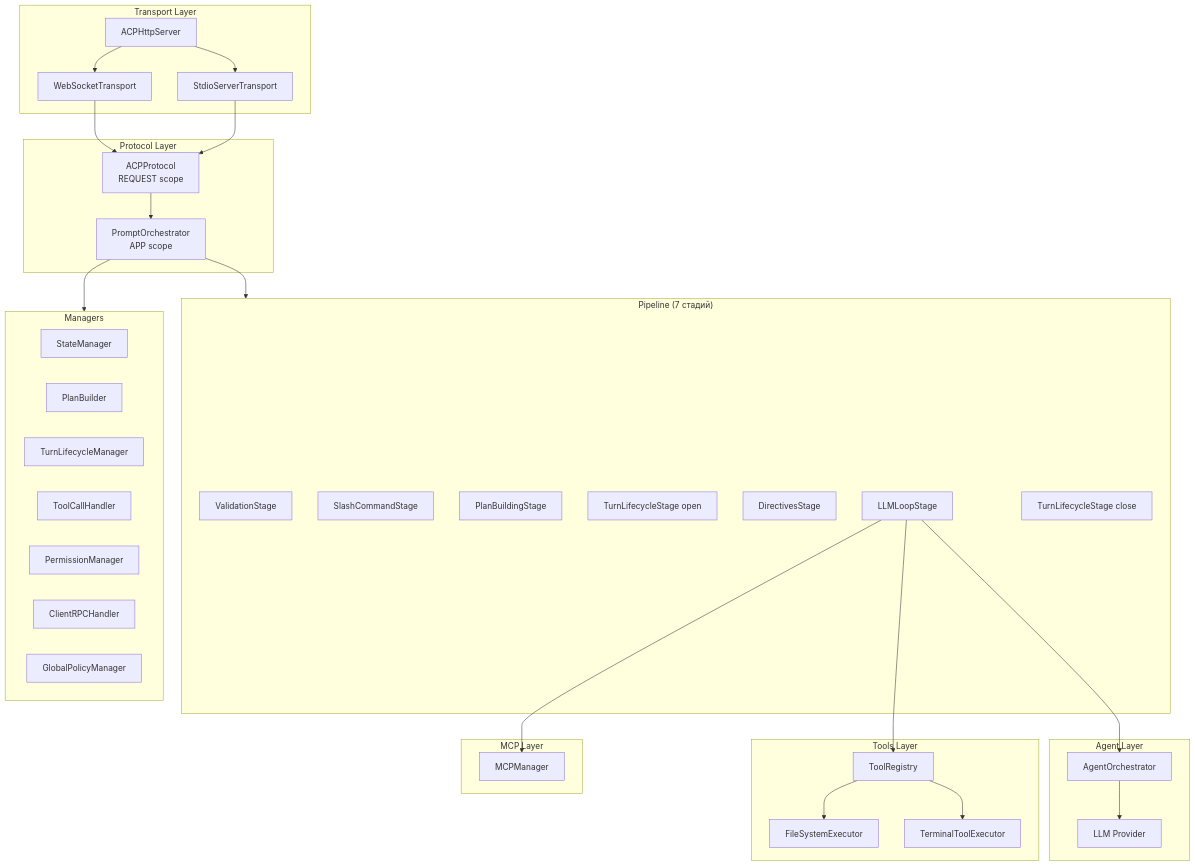
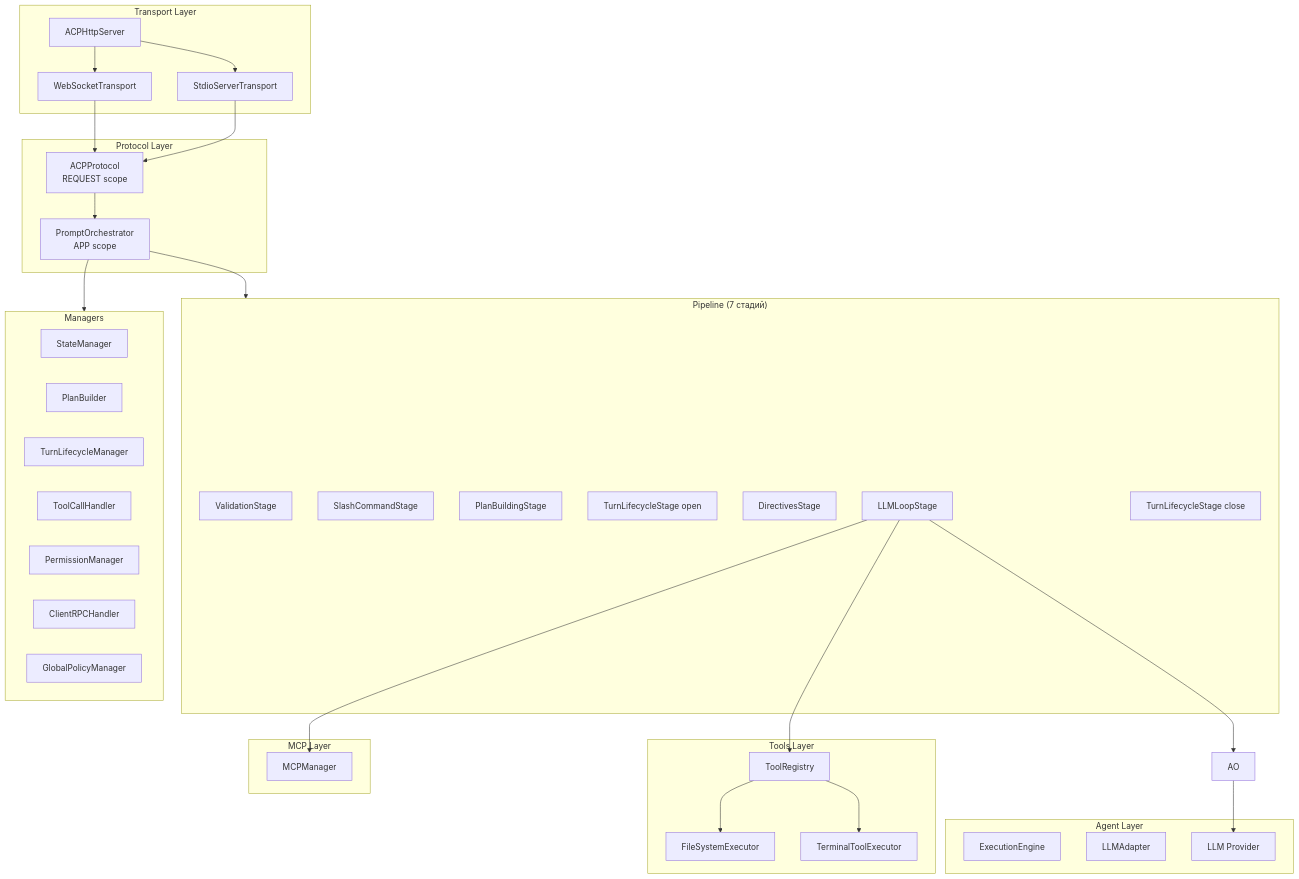
Before and after one commit to pese-git/codelab-agent: the first of 2 diagrams in doc/product/developer-guide/03-server-development.md, drawn with Mermaid. The commit also changed other lines of this file and 5 other files, not shown here.

First line of the commit message:
docs: заменить AgentOrchestrator на ExecutionEngine, обновить описания

````diff
--- a/doc/product/developer-guide/03-server-development.md
+++ b/doc/product/developer-guide/03-server-development.md
@@ -9,55 +9,56 @@
 ```mermaid
 graph TB
     subgraph Transport["Transport Layer"]
         HTTP[ACPHttpServer]
         WS[WebSocketTransport]
         STDIO[StdioServerTransport]
     end
     
     subgraph Protocol["Protocol Layer"]
         AP[ACPProtocol<br/>REQUEST scope]
         PO[PromptOrchestrator<br/>APP scope]
     end
     
     subgraph Pipeline["Pipeline (7 стадий)"]
         V[ValidationStage]
         SC[SlashCommandStage]
         PB[PlanBuildingStage]
         TL1[TurnLifecycleStage open]
         DS[DirectivesStage]
         LL[LLMLoopStage]
         TL2[TurnLifecycleStage close]
     end
     
     subgraph Managers["Managers"]
         SM[StateManager]
         PBuilder[PlanBuilder]
         TLCM[TurnLifecycleManager]
         TCH[ToolCallHandler]
         PM[PermissionManager]
         CRH[ClientRPCHandler]
         GPM[GlobalPolicyManager]
     end
     
     subgraph Agent["Agent Layer"]
-        AO[AgentOrchestrator]
+        EE[ExecutionEngine]
+        LA[LLMAdapter]
         LLM[LLM Provider]
     end
     
     subgraph Tools["Tools Layer"]
         TR[ToolRegistry]
         FS[FileSystemExecutor]
         TE[TerminalToolExecutor]
     end
     
     subgraph MCP["MCP Layer"]
         MM[MCPManager]
     end
     
     HTTP --> WS & STDIO --> AP --> PO
     PO --> Pipeline
     PO --> Managers
     LL --> AO --> LLM
     LL --> TR --> FS & TE
     LL --> MM
 ```
````
